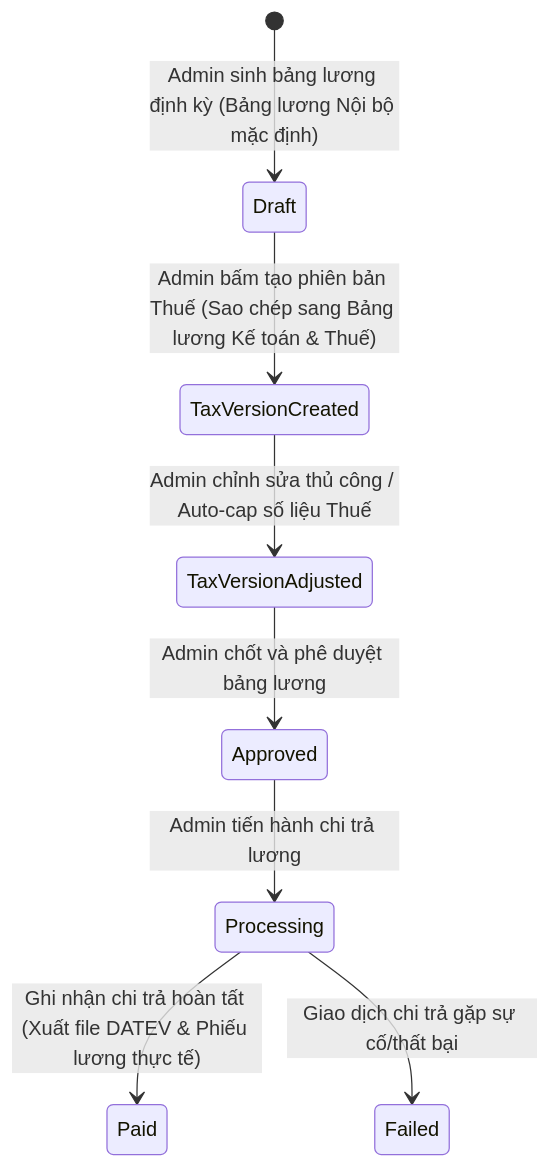
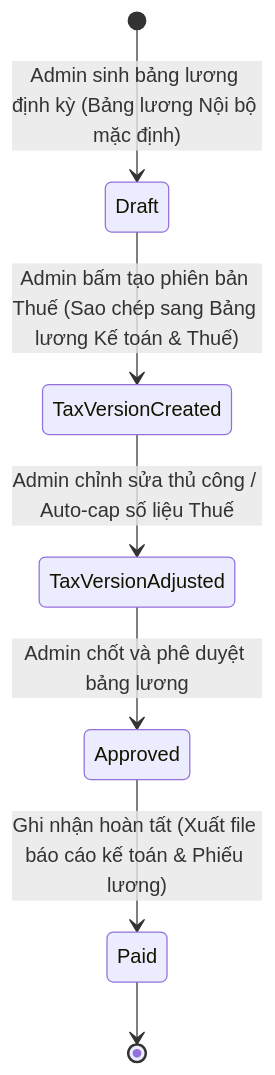
One commit to tnm-sangtao/GastroHub-Admin changed the diagram in DOCUMENTS/PRD-005-Payroll.md. Above: the diagram before and after it, drawn with Mermaid. The commit also changed other lines of this file and 19 other files, not shown here.

````diff
--- a/DOCUMENTS/PRD-005-Payroll.md
+++ b/DOCUMENTS/PRD-005-Payroll.md
@@ -71,10 +131,9 @@
 ```mermaid
 stateDiagram-v2
     [*] --> Draft : Admin sinh bảng lương định kỳ (Bảng lương Nội bộ mặc định)
     Draft --> TaxVersionCreated : Admin bấm tạo phiên bản Thuế (Sao chép sang Bảng lương Kế toán & Thuế)
     TaxVersionCreated --> TaxVersionAdjusted : Admin chỉnh sửa thủ công / Auto-cap số liệu Thuế
     TaxVersionAdjusted --> Approved : Admin chốt và phê duyệt bảng lương
-    Approved --> Processing : Admin tiến hành chi trả lương
-    Processing --> Paid : Ghi nhận chi trả hoàn tất (Xuất file DATEV & Phiếu lương thực tế)
-    Processing --> Failed : Giao dịch chi trả gặp sự cố/thất bại
+    Approved --> Paid : Ghi nhận hoàn tất (Xuất file báo cáo kế toán & Phiếu lương)
+    Paid --> [*]
 ```
````
